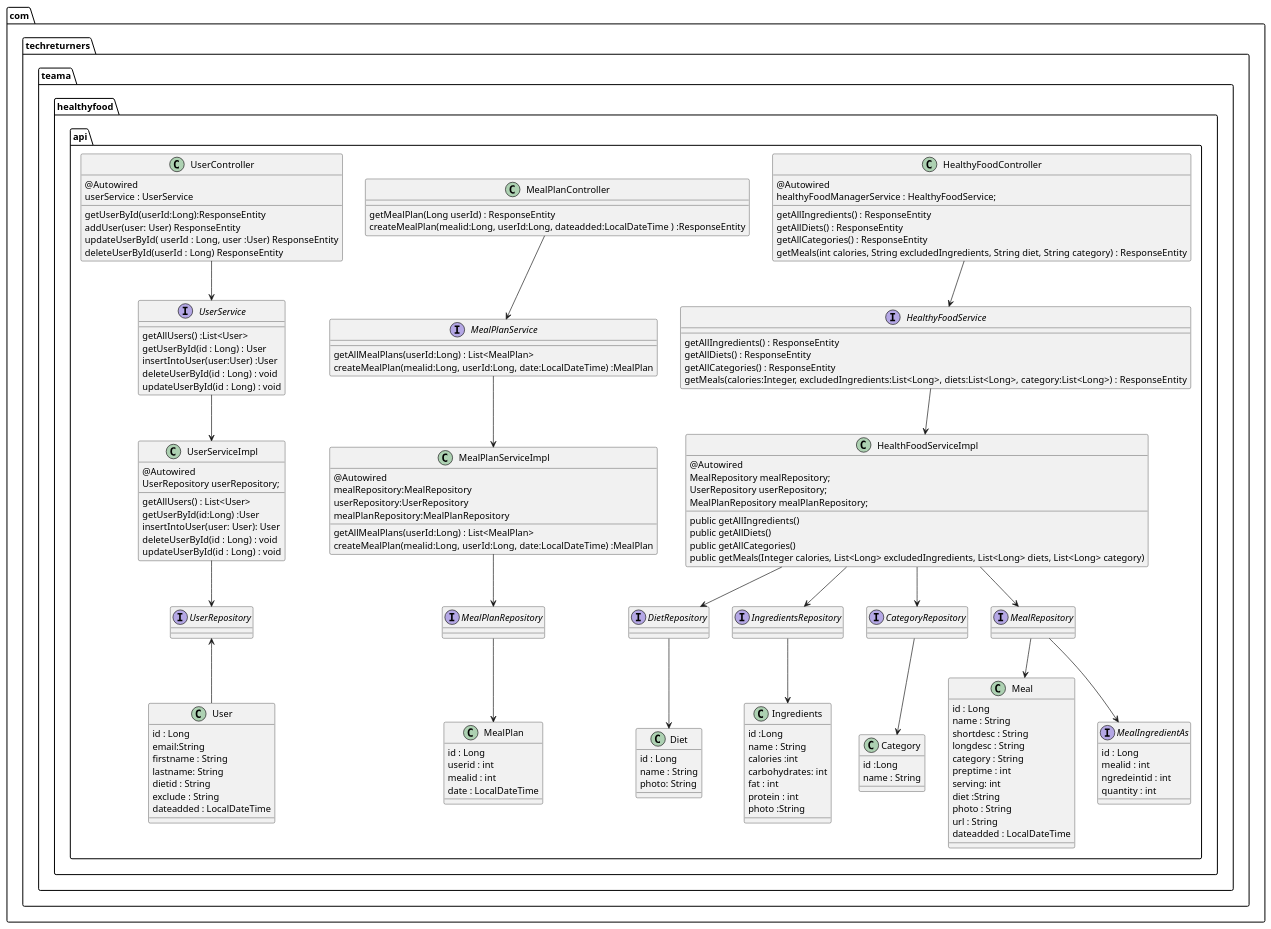
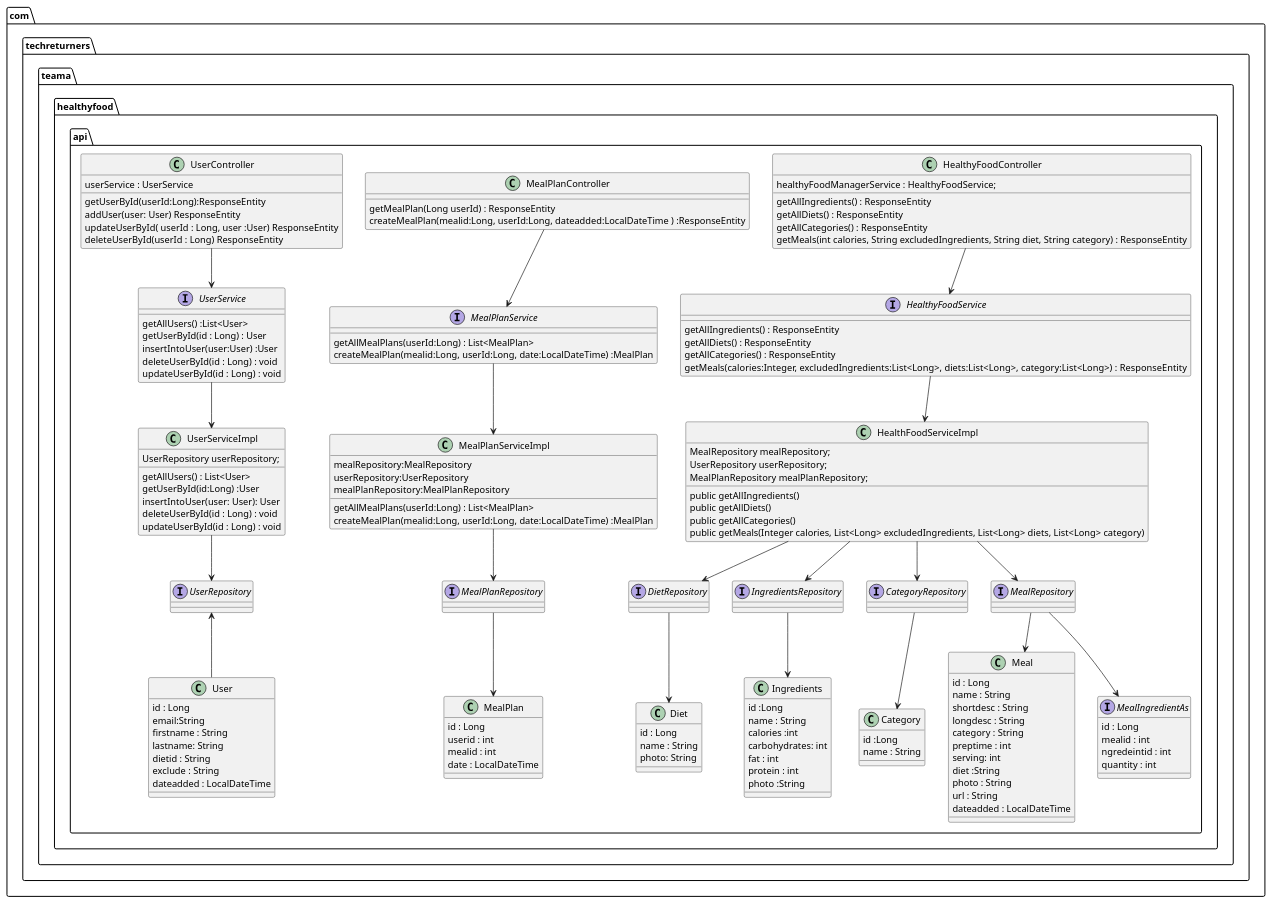
The diagram in docs/HealthyFoodControllerAndServicesUML.puml (abcpaem/healthy-food-api), drawn with PlantUML before and after one commit. The commit also changed 11 other files, not shown here.

```diff
--- a/docs/HealthyFoodControllerAndServicesUML.puml
+++ b/docs/HealthyFoodControllerAndServicesUML.puml
@@ -1,177 +1,172 @@
 @startuml
 package "com.techreturners.teama.healthyfood.api" {
 
     HealthyFoodController --> HealthyFoodService
     HealthyFoodService --> HealthFoodServiceImpl
     HealthFoodServiceImpl--> DietRepository
     HealthFoodServiceImpl--> IngredientsRepository
     HealthFoodServiceImpl--> CategoryRepository
     HealthFoodServiceImpl --> MealRepository
 
     DietRepository --> Diet
     CategoryRepository --> Category
     MealRepository --> Meal
     MealRepository --> MealIngredientAs
     IngredientsRepository --> Ingredients
 
     MealPlanController --> MealPlanService
     MealPlanService --> MealPlanServiceImpl
     MealPlanServiceImpl --> MealPlanRepository
     MealPlanRepository --> MealPlan
 
     UserController --> UserService
     UserService --> UserServiceImpl
     UserServiceImpl --> UserRepository
     UserRepository <-- User
 
 
     Class HealthyFoodController{
 
-        @Autowired
         healthyFoodManagerService : HealthyFoodService;
         getAllIngredients() : ResponseEntity
         getAllDiets() : ResponseEntity
         getAllCategories() : ResponseEntity
         getMeals(int calories, String excludedIngredients, String diet, String category) : ResponseEntity
     }
 
     Class MealPlanController{
         getMealPlan(Long userId) : ResponseEntity
         createMealPlan(mealid:Long, userId:Long, dateadded:LocalDateTime ) :ResponseEntity
 
     }
     Class UserController{
-        @Autowired
         userService : UserService
 
         getUserById(userId:Long):ResponseEntity
         addUser(user: User) ResponseEntity
         updateUserById( userId : Long, user :User) ResponseEntity
          deleteUserById(userId : Long) ResponseEntity
     }
 
     Interface HealthyFoodService{
         getAllIngredients() : ResponseEntity
         getAllDiets() : ResponseEntity
         getAllCategories() : ResponseEntity
         getMeals(calories:Integer, excludedIngredients:List<Long>,  diets:List<Long>, category:List<Long>) : ResponseEntity
 
     }
     Interface MealPlanService{
         getAllMealPlans(userId:Long) : List<MealPlan>
             createMealPlan(mealid:Long, userId:Long, date:LocalDateTime) :MealPlan
     }
     Class HealthFoodServiceImpl {
-        @Autowired
         MealRepository mealRepository;
         UserRepository userRepository;
         MealPlanRepository mealPlanRepository;
 
         public getAllIngredients()
         public getAllDiets()
         public getAllCategories()
         public getMeals(Integer calories, List<Long> excludedIngredients, List<Long> diets, List<Long> category)
     }
 
     Class MealPlanServiceImpl{
-        @Autowired
         mealRepository:MealRepository
         userRepository:UserRepository
         mealPlanRepository:MealPlanRepository
 
         getAllMealPlans(userId:Long) : List<MealPlan>
         createMealPlan(mealid:Long, userId:Long, date:LocalDateTime) :MealPlan
     }
 
     Interface UserService {
         getAllUsers() :List<User>
         getUserById(id : Long) : User
         insertIntoUser(user:User) :User
         deleteUserById(id : Long) : void
         updateUserById(id : Long) : void
     }
     Class UserServiceImpl{
-    @Autowired
         UserRepository userRepository;
 
         getAllUsers() : List<User>
         getUserById(id:Long) :User
         insertIntoUser(user: User): User
         deleteUserById(id : Long) : void
         updateUserById(id : Long) : void
     }
 
     Class User {
         id : Long
         email:String
         firstname : String
         lastname: String
         dietid : String
         exclude : String
         dateadded : LocalDateTime
     }
 
     Class Ingredients{
         id :Long
         name : String
         calories :int
         carbohydrates: int
         fat : int
         protein : int
         photo :String
     }
 
     Class MealIngredientAs{
         id : Long
         mealid : int
         ngredeintid : int
         quantity : int
     }
 
     Class Diet{
         id : Long
         name : String
         photo: String
     }
 
     Class Meal{
         id : Long
         name : String
         shortdesc : String
         longdesc : String
         category : String
         preptime : int
          serving: int
          diet :String
          photo : String
          url : String
          dateadded : LocalDateTime
     }
 
     Class Category{
         id :Long
         name : String
     }
 
     Class MealPlan{
         id : Long
         userid : int
         mealid : int
          date : LocalDateTime
     }
     Interface UserRepository{
     }
     Interface CategoryRepository{
     }
     Interface IngredientsRepository{
     }
     Interface DietRepository{
     }
     Interface MealPlanRepository{
     }
     Interface MealRepository{
     }
     Interface MealIngredientAs{
     }
 }
 @enduml
```
